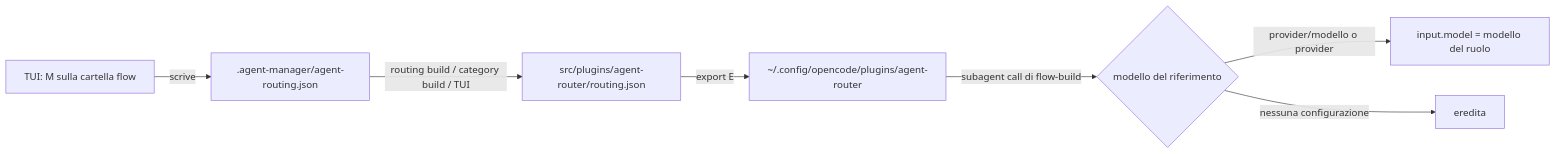
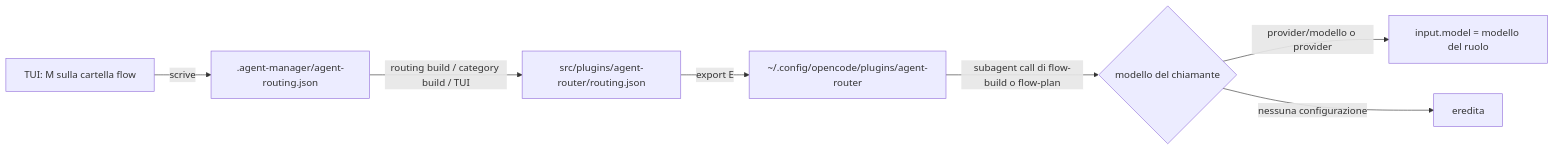
One commit to lorecanc/agents changed the diagram in ARCHETIPI.md. Above: the diagram before and after it, drawn with Mermaid. The commit also changed other lines of this file and 410 other files, not shown here.

````diff
--- a/ARCHETIPI.md
+++ b/ARCHETIPI.md
@@ -40,9 +50,9 @@
 ```mermaid
 flowchart LR
   TUI["TUI: M sulla cartella flow"] -->|scrive| CFG[".agent-manager/agent-routing.json"]
   CFG -->|routing build / category build / TUI| GEN["src/plugins/agent-router/routing.json"]
   GEN -->|export E| OC["~/.config/opencode/plugins/agent-router"]
-  OC -->|"subagent call di flow-build"| PICK{"modello del riferimento"}
+  OC -->|"subagent call di flow-build o flow-plan"| PICK{"modello del chiamante"}
   PICK -->|"provider/modello o provider"| SET["input.model = modello del ruolo"]
   PICK -->|nessuna configurazione| INH["eredita"]
 ```
````
